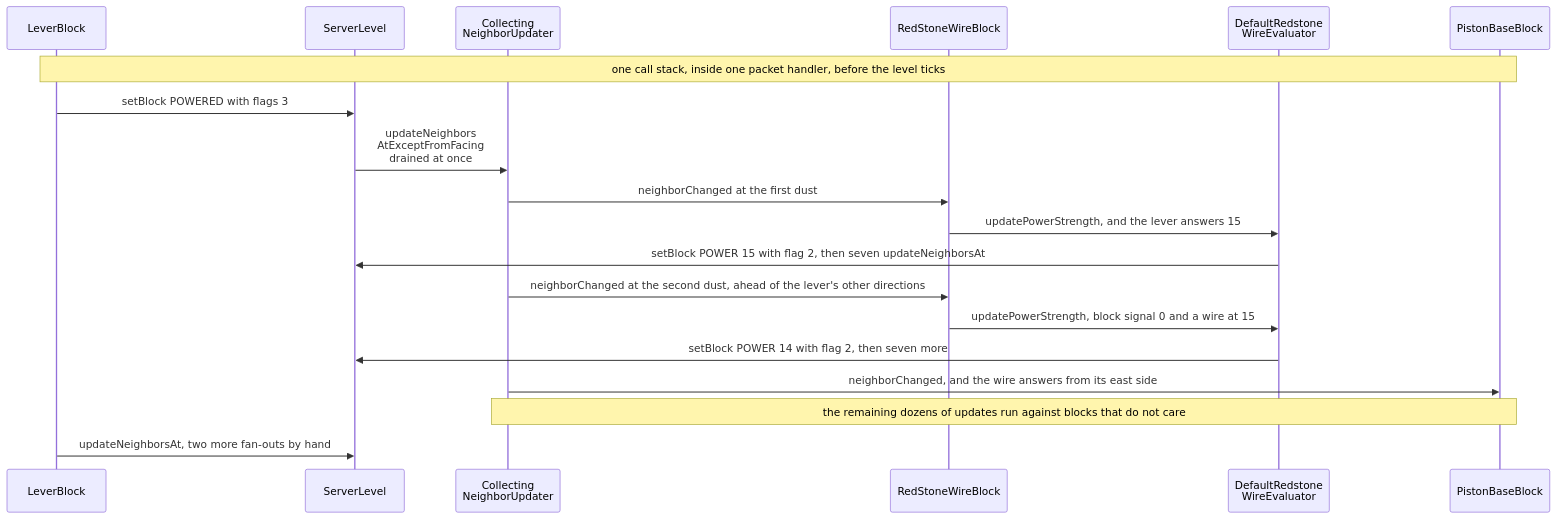
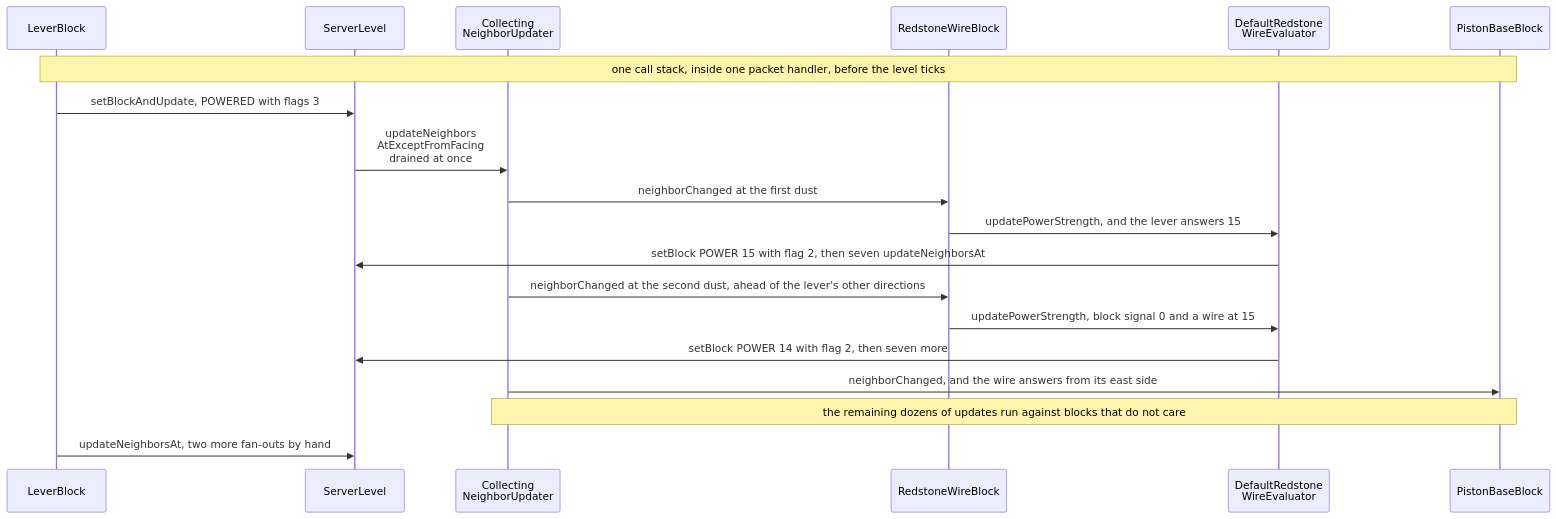
Before and after one commit to AlexanderjFraser/MinecraftDocs: the second of 2 diagrams in src/systems/blocks/signal-and-dust.md, drawn with Mermaid. The commit also changed other lines of this file and 68 other files, not shown here.

````diff
--- a/src/systems/blocks/signal-and-dust.md
+++ b/src/systems/blocks/signal-and-dust.md
@@ -220,21 +221,21 @@
 ```mermaid
 sequenceDiagram
     participant LevB as LeverBlock
     participant SL as ServerLevel
     participant CNU as Collecting<br/>NeighborUpdater
-    participant RSWB as RedStoneWireBlock
+    participant RWB as RedstoneWireBlock
     participant DRWE as DefaultRedstone<br/>WireEvaluator
     participant PBB as PistonBaseBlock
     Note over LevB,PBB: one call stack, inside one packet handler, before the level ticks
-    LevB->>SL: setBlock POWERED with flags 3
+    LevB->>SL: setBlockAndUpdate, POWERED with flags 3
     SL->>CNU: updateNeighbors<br/>AtExceptFromFacing<br/>drained at once
-    CNU->>RSWB: neighborChanged at the first dust
-    RSWB->>DRWE: updatePowerStrength, and the lever answers 15
+    CNU->>RWB: neighborChanged at the first dust
+    RWB->>DRWE: updatePowerStrength, and the lever answers 15
     DRWE->>SL: setBlock POWER 15 with flag 2, then seven updateNeighborsAt
-    CNU->>RSWB: neighborChanged at the second dust, ahead of the lever's other directions
-    RSWB->>DRWE: updatePowerStrength, block signal 0 and a wire at 15
+    CNU->>RWB: neighborChanged at the second dust, ahead of the lever's other directions
+    RWB->>DRWE: updatePowerStrength, block signal 0 and a wire at 15
     DRWE->>SL: setBlock POWER 14 with flag 2, then seven more
     CNU->>PBB: neighborChanged, and the wire answers from its east side
     Note over CNU,PBB: the remaining dozens of updates run against blocks that do not care
     LevB->>SL: updateNeighborsAt, two more fan-outs by hand
 ```
````
